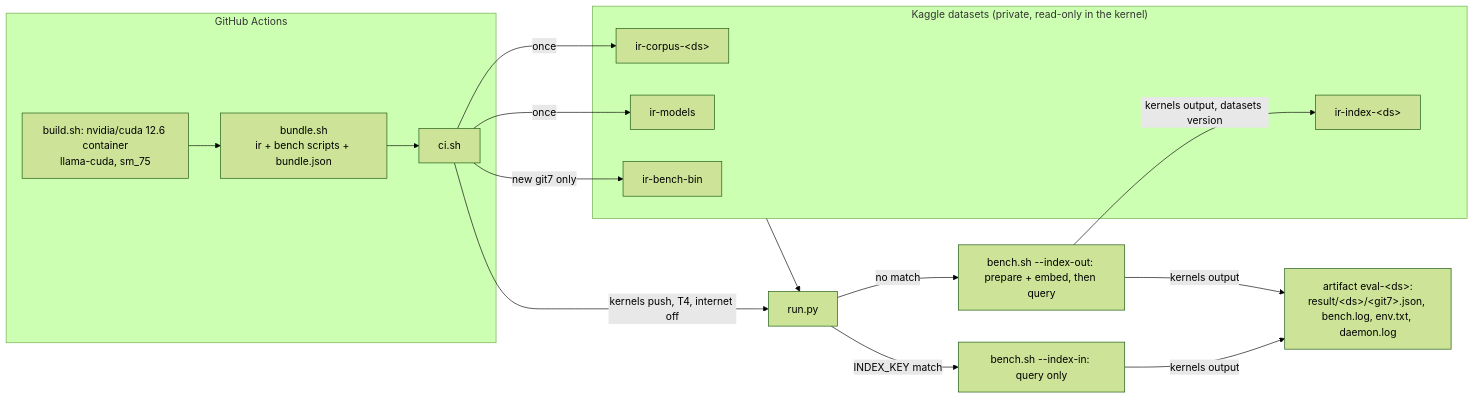
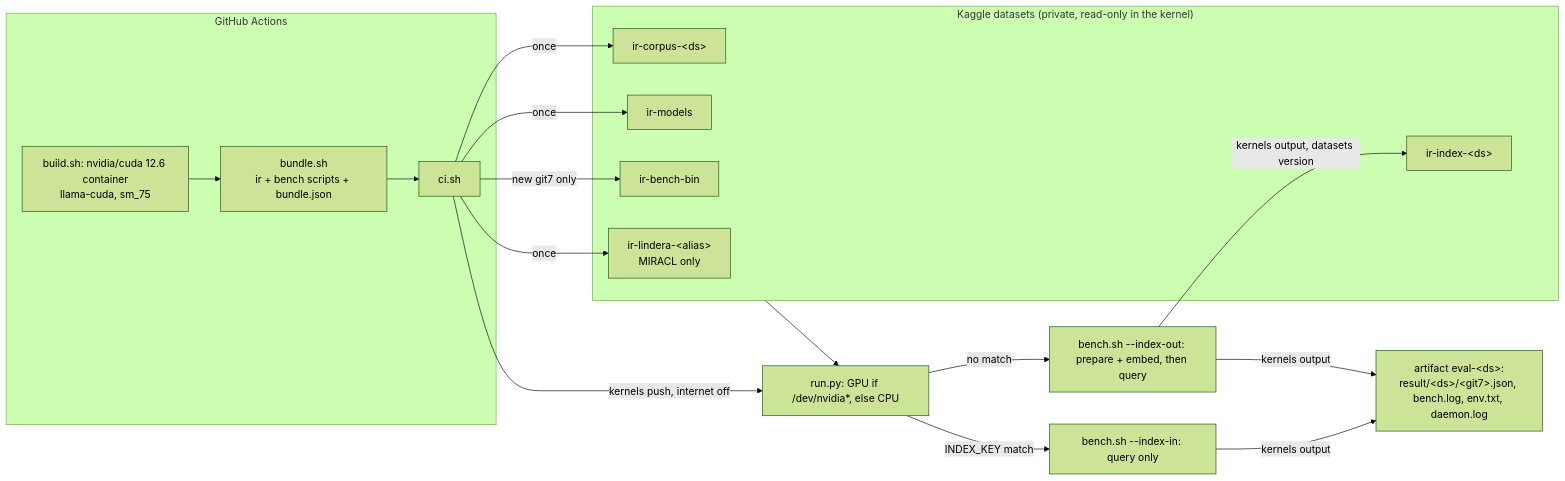
One commit to vlwkaos/ir changed the diagram in research/kaggle-eval.md. Above: the diagram before and after it, drawn with Mermaid (forest theme). The commit also changed other lines of this file and 9 other files, not shown here.

````diff
--- a/research/kaggle-eval.md
+++ b/research/kaggle-eval.md
@@ -7,21 +8,22 @@
 ```mermaid
 flowchart LR
   subgraph GH["GitHub Actions"]
     B["build.sh: nvidia/cuda 12.6 container<br/>llama-cuda, sm_75"] --> BU["bundle.sh<br/>ir + bench scripts + bundle.json"]
     BU --> CI["ci.sh"]
   end
   subgraph KD["Kaggle datasets (private, read-only in the kernel)"]
     C["ir-corpus-&lt;ds&gt;"]
     M["ir-models"]
     BIN["ir-bench-bin"]
+    L["ir-lindera-&lt;alias&gt;<br/>MIRACL only"]
     I["ir-index-&lt;ds&gt;"]
   end
-  CI -->|"once"| C & M
+  CI -->|"once"| C & M & L
   CI -->|"new git7 only"| BIN
-  CI -->|"kernels push, T4, internet off"| K["run.py"]
+  CI -->|"kernels push, internet off"| K["run.py: GPU if /dev/nvidia*, else CPU"]
   KD --> K
   K -->|"INDEX_KEY match"| Q["bench.sh --index-in: query only"]
   K -->|"no match"| P["bench.sh --index-out: prepare + embed, then query"]
   P -->|"kernels output, datasets version"| I
   Q & P -->|"kernels output"| A["artifact eval-&lt;ds&gt;:<br/>result/&lt;ds&gt;/&lt;git7&gt;.json, bench.log, env.txt, daemon.log"]
 ```
````
